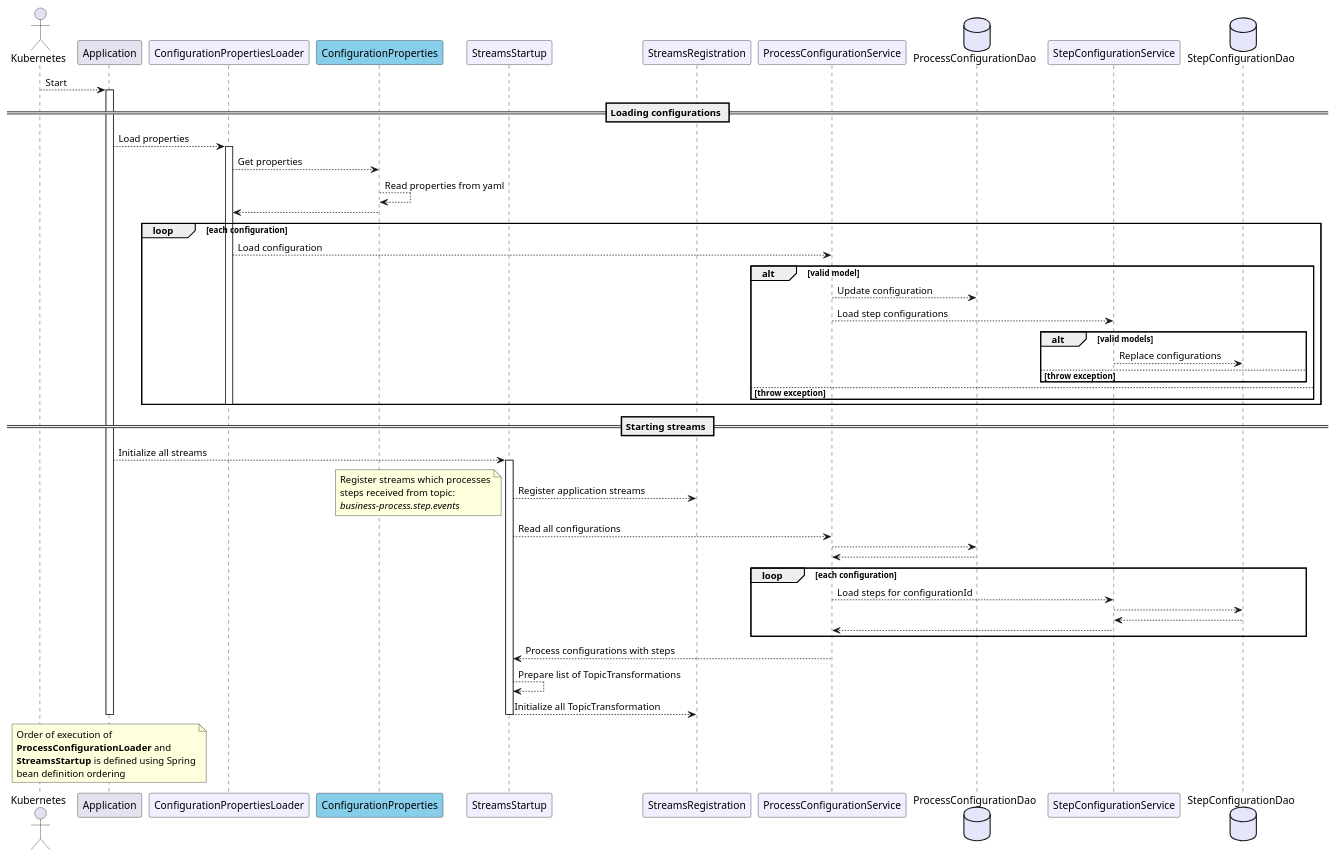
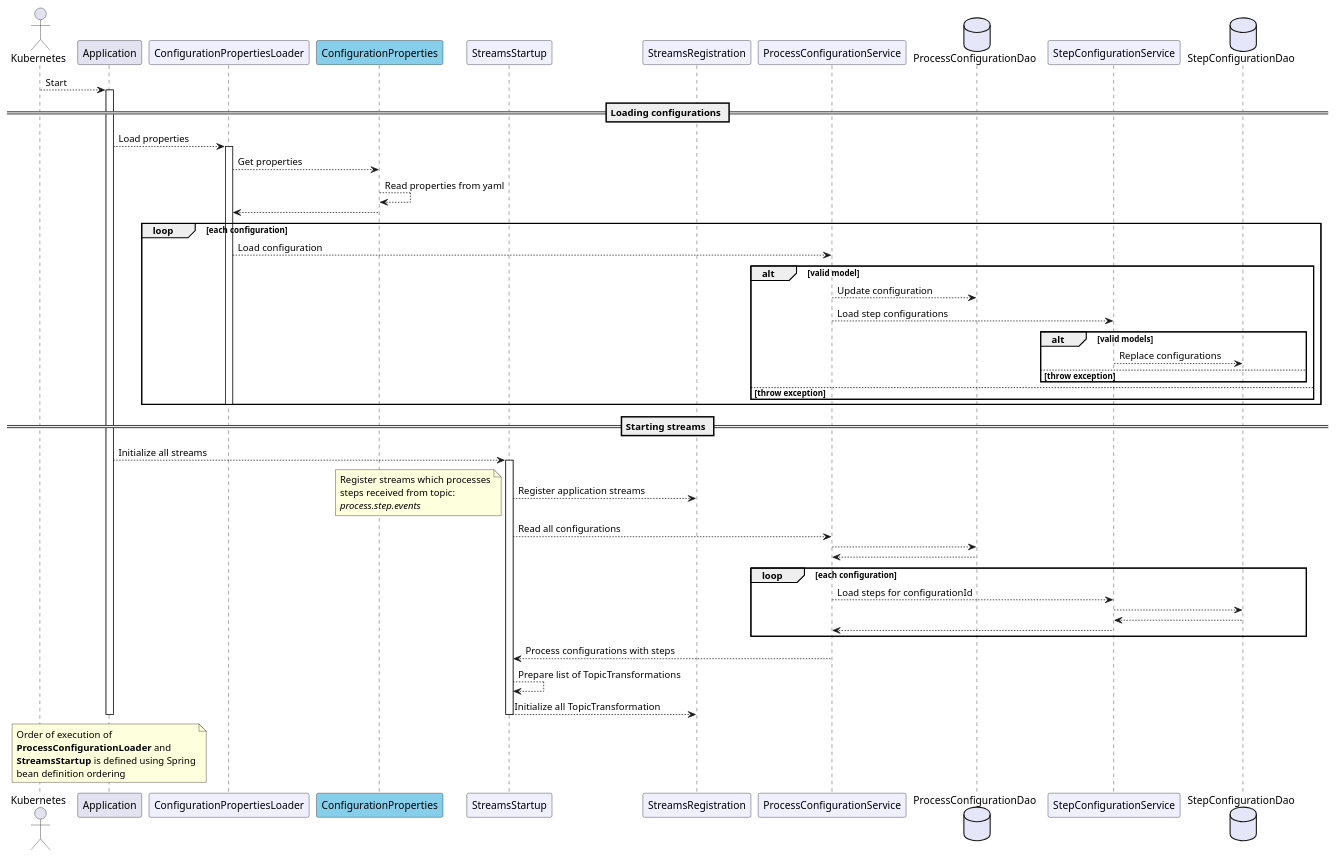
The diagram in process-monitor/diagrams/4.initialization-phase-sequence.puml (djeremy/kafka-related-projects), drawn with PlantUML before and after one commit. The commit also changed 3 other files, not shown here.

Commit message:
Fix diagrams and replace pngs

```diff
--- a/process-monitor/diagrams/4.initialization-phase-sequence.puml
+++ b/process-monitor/diagrams/4.initialization-phase-sequence.puml
@@ -1,86 +1,86 @@
 @startuml
 
 skinparam responseMessageBelowArrow true
 
 
 actor Kubernetes as kube
 
 participant Application as app
 participant ConfigurationPropertiesLoader as propertiesLoader #motivation
 participant ConfigurationProperties as properties #SkyBlue
 
 participant StreamsStartup as startUp #motivation
 participant StreamsRegistration as registration #motivation
 
 participant ProcessConfigurationService as processService #motivation
 database ProcessConfigurationDao as processConfigurationDao #lavender
 
 participant StepConfigurationService as stepService #motivation
 database StepConfigurationDao as stepConfigurationDao #lavender
 
 kube --> app: Start
 
 == Loading configurations ==
 activate app
 
 
 app --> propertiesLoader: Load properties
 activate propertiesLoader
 propertiesLoader --> properties: Get properties
 properties --> properties : Read properties from yaml
 properties --> propertiesLoader
 
 loop each configuration
     propertiesLoader --> processService: Load configuration
     alt valid model
         processService --> processConfigurationDao: Update configuration
         processService --> stepService: Load step configurations
         alt valid models
             stepService --> stepConfigurationDao: Replace configurations
         else throw exception
         end
     else throw exception
     end
 deactivate propertiesLoader
 end
 
 == Starting streams ==
 
 app --> startUp : Initialize all streams
 activate startUp
 
 startUp --> registration: Register application streams
 
 note left
     Register streams which processes
     steps received from topic:
-    <i>business-process.step.events</i>
+    <i>process.step.events</i>
 end note
 
 startUp --> processService : Read all configurations
 processService --> processConfigurationDao
 processConfigurationDao --> processService
 loop each configuration
     processService --> stepService: Load steps for configurationId
     stepService --> stepConfigurationDao
     stepConfigurationDao --> stepService
     stepService --> processService
 end
 
 processService --> startUp: Process configurations with steps
 
 startUp --> startUp: Prepare list of TopicTransformations
 startUp --> registration: Initialize all TopicTransformation
 
 deactivate startUp
 
 deactivate app
 
 note over of app
 Order of execution of
 <b>ProcessConfigurationLoader</b> and
 <b>StreamsStartup</b> is defined using Spring
 bean definition ordering
 end note
 
 @enduml
```
